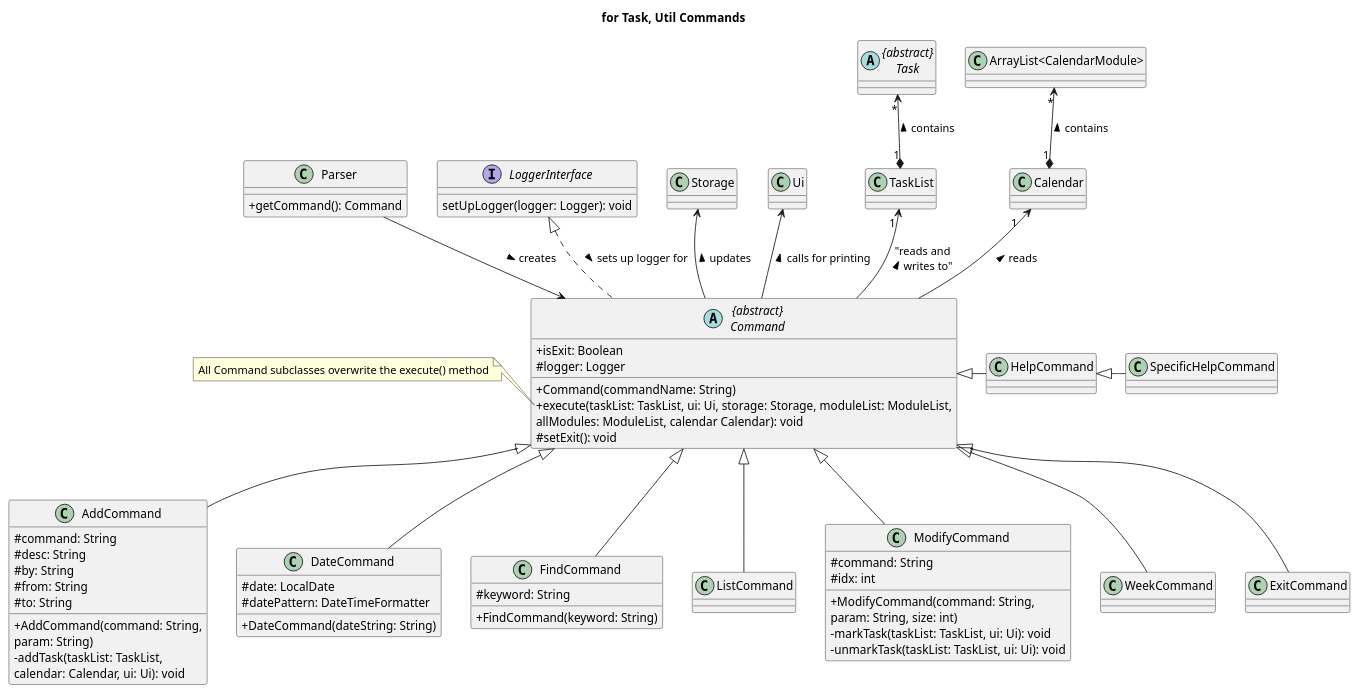
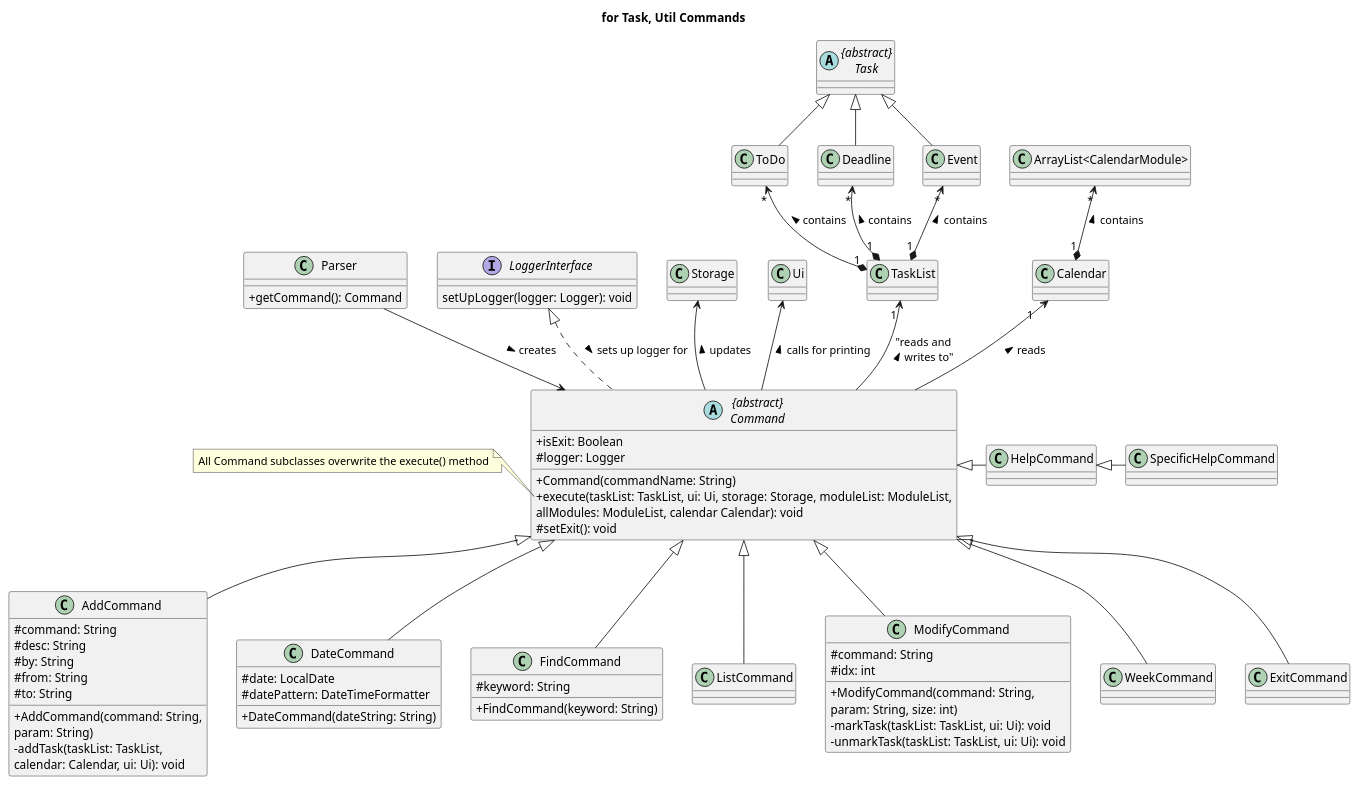
The diagram in docs/uml-source/class/Command.puml (nus-cs2113-AY2223S2/tp), drawn with PlantUML before and after one commit. The commit also changed 6 other files, not shown here.

```diff
--- a/docs/uml-source/class/Command.puml
+++ b/docs/uml-source/class/Command.puml
@@ -1,91 +1,96 @@
 @startuml
 'https://plantuml.com/class-diagram
 skinparam classAttributeIconSize 0
 
 title for Task, Util Commands
 
 class Parser {
 + getCommand(): Command
 }
 Parser --> Command : creates >
 
 abstract class "{abstract}\nCommand" as Command {
 + isExit: Boolean
 # logger: Logger
 + Command(commandName: String)
 + execute(taskList: TaskList, ui: Ui, storage: Storage, moduleList: ModuleList,
 allModules: ModuleList, calendar Calendar): void
 # setExit(): void
 }
 
 note left of Command::execute
     All Command subclasses overwrite the execute() method
 end note
 
 interface LoggerInterface {
 setUpLogger(logger: Logger): void
 }
 LoggerInterface <|.. Command : sets up logger for >
 
 class AddCommand {
 # command: String
 # desc: String
 # by: String
 # from: String
 # to: String
 __
 + AddCommand(command: String,
 param: String)
 - addTask(taskList: TaskList,
 calendar: Calendar, ui: Ui): void
 }
 Command <|-- AddCommand
 
 class DateCommand {
 # date: LocalDate
 # datePattern: DateTimeFormatter
 + DateCommand(dateString: String)
 }
 Command <|-- DateCommand
 
 class FindCommand{
 # keyword: String
 + FindCommand(keyword: String)
 }
 Command <|-- FindCommand
 
 class ListCommand
 Command <|-- ListCommand
 
 class ModifyCommand{
 # command: String
 # idx: int
 +ModifyCommand(command: String,
 param: String, size: int)
 -markTask(taskList: TaskList, ui: Ui): void
 -unmarkTask(taskList: TaskList, ui: Ui): void
 }
 Command <|-- ModifyCommand
 
 class WeekCommand
 Command <|-- WeekCommand
 
 class ExitCommand
 Command <|-- ExitCommand
 
 class HelpCommand
 Command <|- HelpCommand
 
 class SpecificHelpCommand
 HelpCommand <|- SpecificHelpCommand
 
 Storage <-- Command : updates <
 Ui <-- Command : calls for printing <
 TaskList "1 " <-- Command : "reads and\n writes to" <
 abstract class "{abstract}\nTask" as Task
-Task "*" <--* "1" TaskList : contains <
+ToDo "*" <--* "1" TaskList : contains <
+Deadline "*" <--* "1" TaskList : contains <
+Event "*" <--* "1" TaskList : contains <
 Calendar "1   " <-- Command : reads <
 "ArrayList<CalendarModule>" "*" <--* "1" Calendar : contains <
 
+Task <|-- ToDo
+Task <|-- Deadline
+Task <|-- Event
 
 @enduml
```
